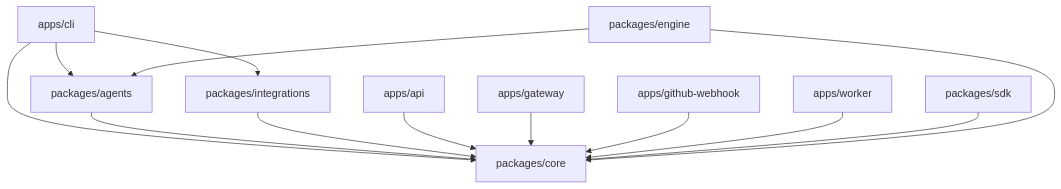
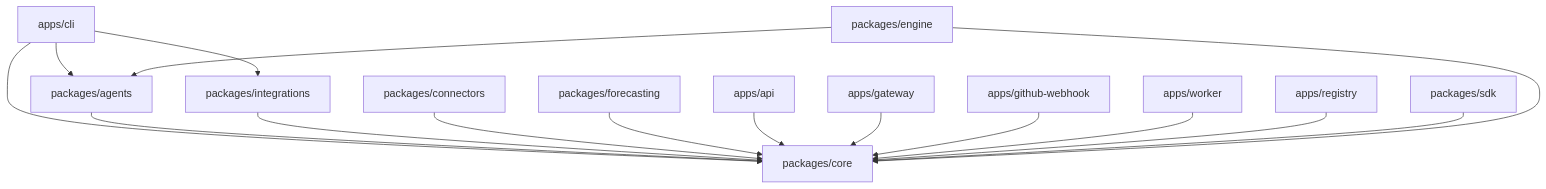
The ninth of 14 diagrams in README.md (intent-solutions-io/iam-git-with-intent), drawn with Mermaid before and after one commit. The commit also changed other lines of this file and 1 other file, not shown here.

````diff
--- a/README.md
+++ b/README.md
@@ -317,18 +321,21 @@
 ```mermaid
 flowchart TD
     cli[apps/cli] --> agents[packages/agents]
     cli --> integrations[packages/integrations]
     cli --> core[packages/core]
 
     agents --> core
     integrations --> core
+    connectors[packages/connectors] --> core
+    forecasting[packages/forecasting] --> core
 
     api[apps/api] --> core
     gateway[apps/gateway] --> core
     webhook[apps/github-webhook] --> core
     worker[apps/worker] --> core
+    registry[apps/registry] --> core
 
     sdk[packages/sdk] --> core
     engine[packages/engine] --> agents
     engine --> core
 ```
````
